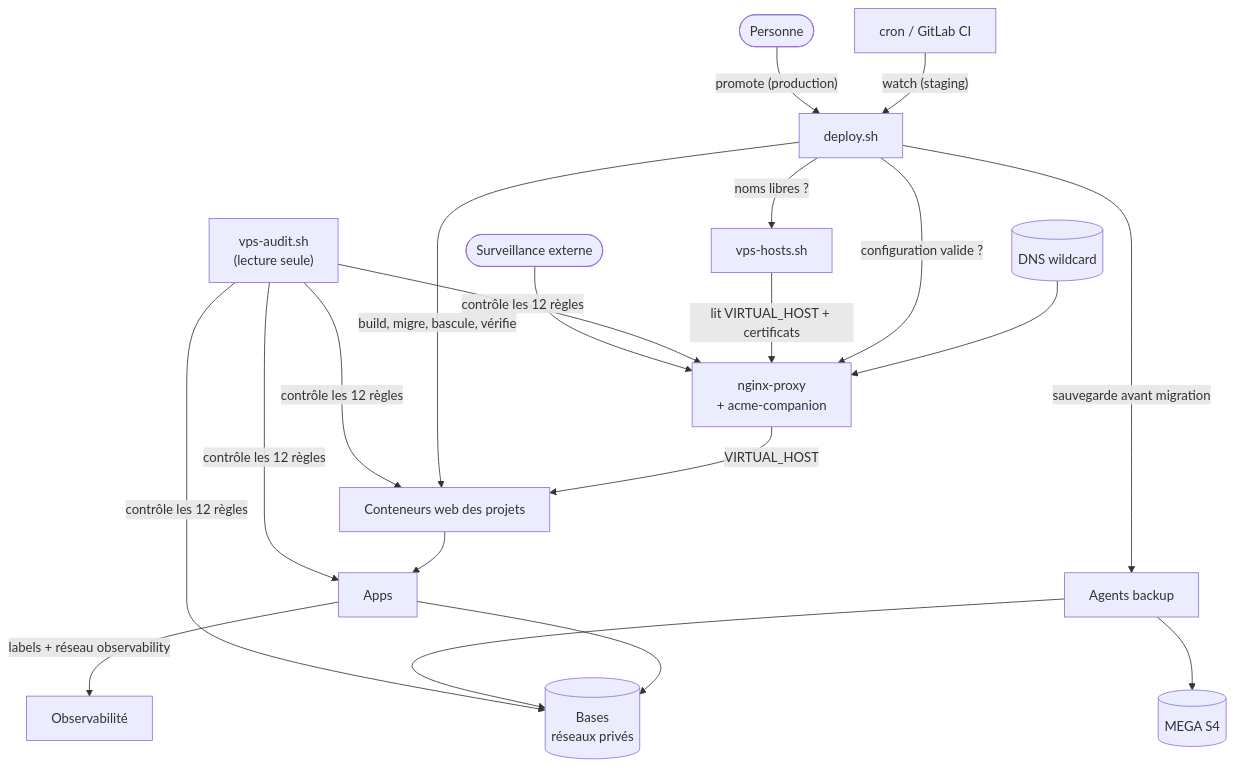
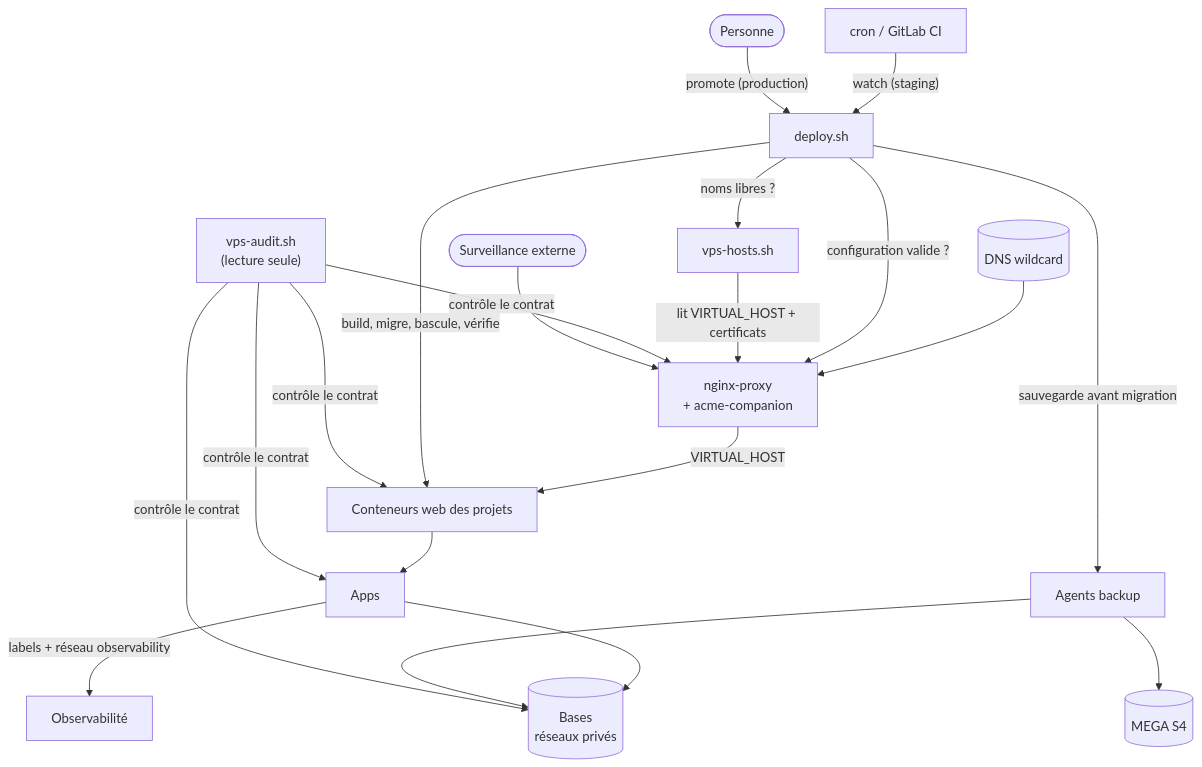
One commit to wilfreidlando/vcam-infra-deploy changed diagram 11 of 11 in docs/01-schemas.md. Above: the diagram before and after it, drawn with Mermaid. The commit also changed 11 other files, not shown here.

First line of the commit message:
feat : contrôle avant déploiement, deploy.sh check, contrat d'un projet (v2)

````diff
--- a/docs/01-schemas.md
+++ b/docs/01-schemas.md
@@ -392,20 +392,20 @@
 ```mermaid
 flowchart TB
     DNS[("DNS wildcard")] --> Proxy["nginx-proxy<br/>+ acme-companion"]
     Proxy -->|"VIRTUAL_HOST"| Webs["Conteneurs web des projets"]
     Webs --> Apps["Apps"]
     Apps --> DBs[("Bases<br/>réseaux privés")]
     Apps -->|"labels + réseau observability"| Obs["Observabilité"]
     Backups["Agents backup"] --> DBs
     Backups --> S3[("MEGA S4")]
 
     Deploy["deploy.sh"] -->|"build, migre, bascule, vérifie"| Webs
     Deploy -->|"sauvegarde avant migration"| Backups
     Deploy -->|"noms libres ?"| Hosts["vps-hosts.sh"]
     Deploy -->|"configuration valide ?"| Proxy
     Hosts -->|"lit VIRTUAL_HOST + certificats"| Proxy
-    Audit["vps-audit.sh<br/>(lecture seule)"] -->|"contrôle les 12 règles"| Webs & Apps & DBs & Proxy
+    Audit["vps-audit.sh<br/>(lecture seule)"] -->|"contrôle le contrat"| Webs & Apps & DBs & Proxy
     Cron["cron / GitLab CI"] -->|"watch (staging)"| Deploy
     Human(["Personne"]) -->|"promote (production)"| Deploy
     Uptime(["Surveillance externe"]) --> Proxy
 ```
````
